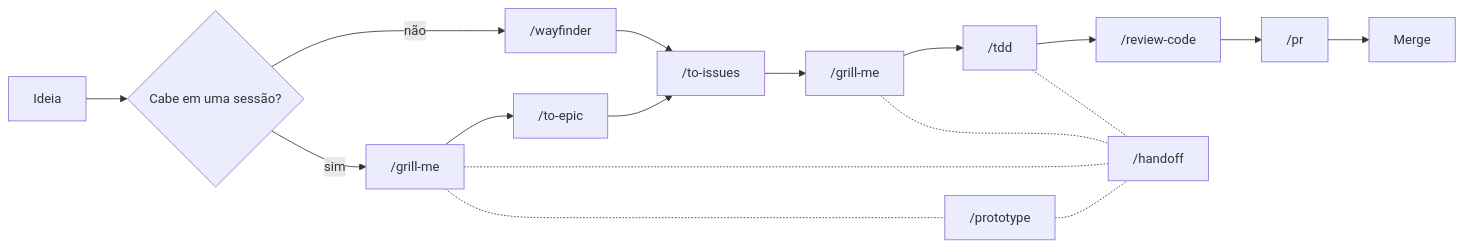
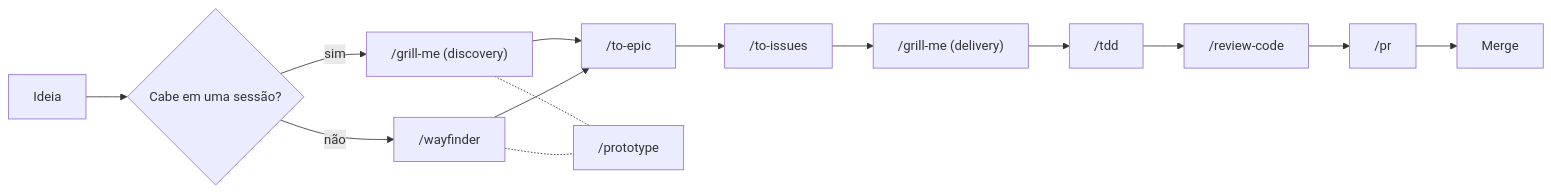
The diagram in README.md (Franco904/skills), drawn with Mermaid before and after one commit. The commit also changed other lines of this file and 1 other file, not shown here.

````diff
--- a/README.md
+++ b/README.md
@@ -101,20 +35,17 @@
 ```mermaid
 flowchart LR
     A[Ideia] --> Z{Cabe em uma sessão?}
-    Z -- sim --> B["/grill-me"]
+    Z -- sim --> B["/grill-me (discovery)"]
     Z -- não --> W["/wayfinder"]
     B --> C["/to-epic"]
     C --> D["/to-issues"]
-    W --> D
-    D --> E["/grill-me"]
+    W --> C
+    D --> E["/grill-me (delivery)"]
     E --> G["/tdd"]
     G --> I["/review-code"]
     I --> J["/pr"]
     J --> K[Merge]
 
     B -.- P["/prototype"]
-    P -.- L["/handoff"]
-    B -.- L
-    E -.- L
-    G -.- L
+    W -.- P
 ```
````
